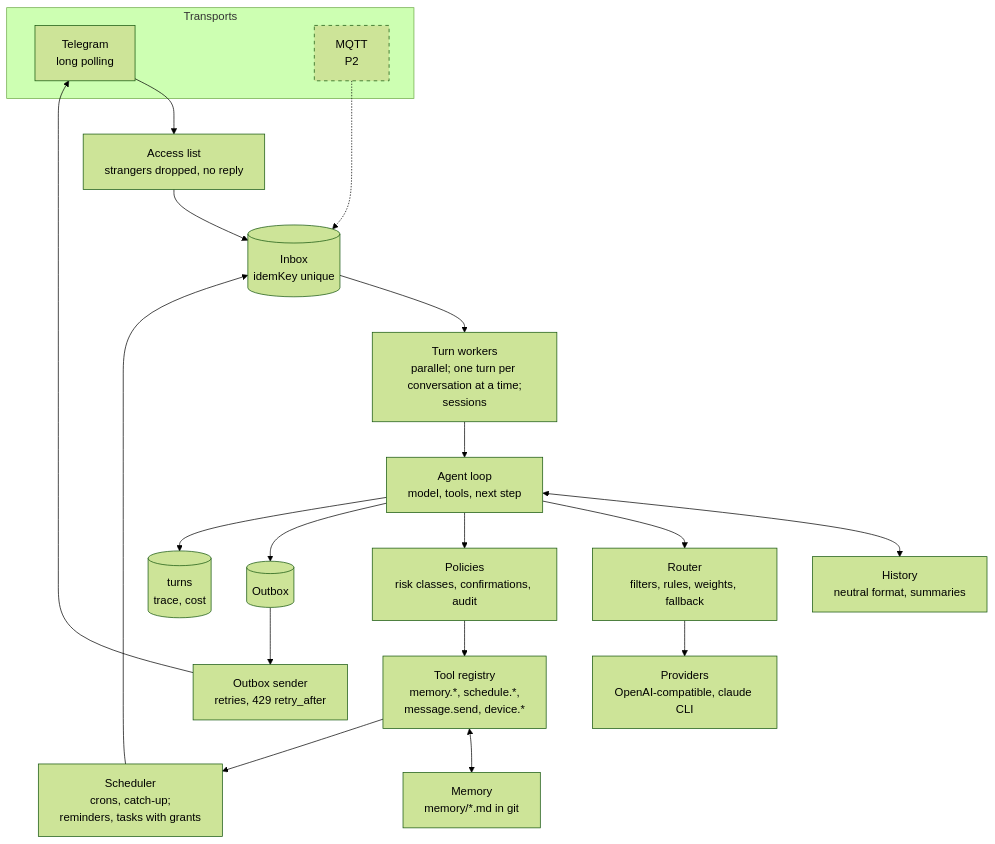
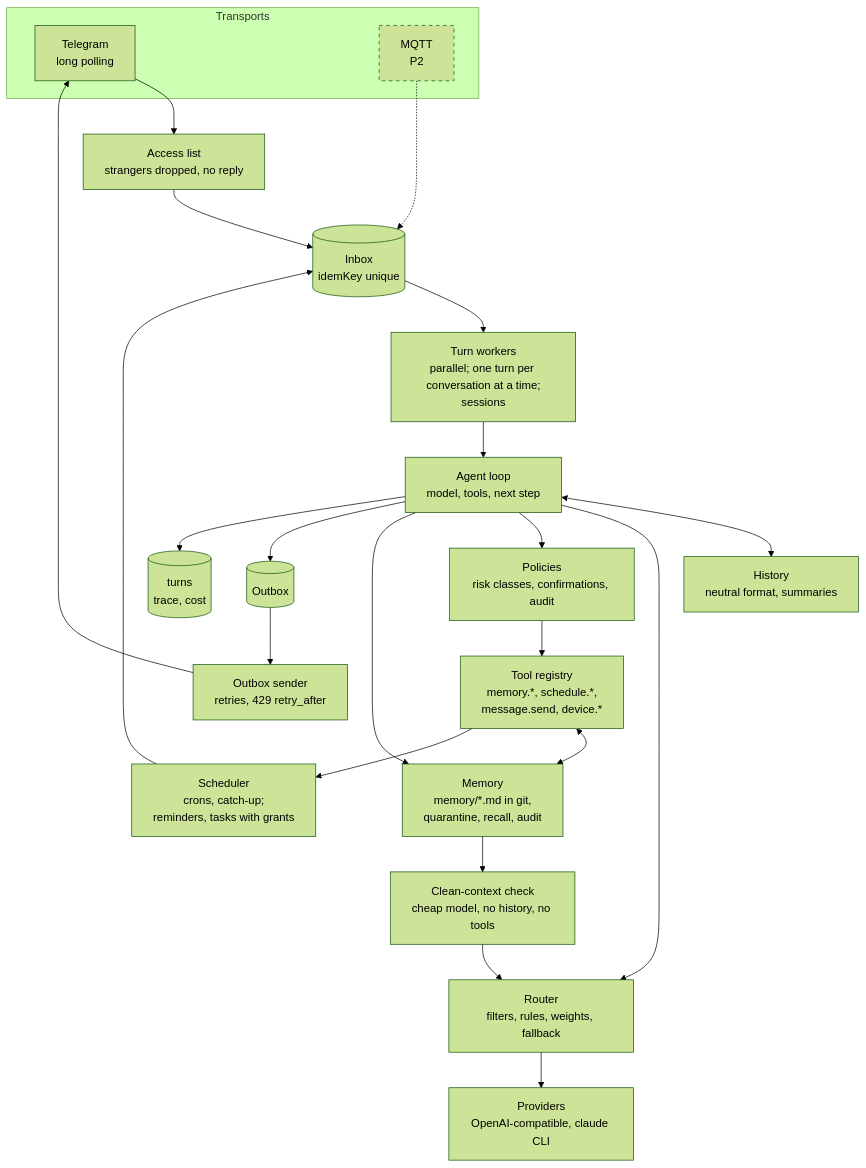
One commit to igorrius/ganglion changed the first of 3 diagrams in docs/architecture/03-components.md. Above: the diagram before and after it, drawn with Mermaid (forest theme). The commit also changed other lines of this file and 24 other files, not shown here.

First line of the commit message:
memory: facts in the workspace git, recall, clean-context guard and audit

````diff
--- a/docs/architecture/03-components.md
+++ b/docs/architecture/03-components.md
@@ -8,43 +8,47 @@
 ```mermaid
 flowchart TB
     subgraph transports["Transports"]
         tgt["Telegram<br/>long polling"]
         mqt["MQTT<br/>P2"]
     end
 
     acl["Access list<br/>strangers dropped, no reply"]
     inbox[("Inbox<br/>idemKey unique")]
     actors["Turn workers<br/>parallel; one turn per conversation at a time;<br/>sessions"]
     loop["Agent loop<br/>model, tools, next step"]
     history["History<br/>neutral format, summaries"]
     router["Router<br/>filters, rules, weights, fallback"]
     providers["Providers<br/>OpenAI-compatible, claude CLI"]
     tools["Tool registry<br/>memory.*, schedule.*,<br/>message.send, device.*"]
     policies["Policies<br/>risk classes, confirmations, audit"]
-    memory["Memory<br/>memory/*.md in git"]
+    memory["Memory<br/>memory/*.md in git,<br/>quarantine, recall, audit"]
+    guard["Clean-context check<br/>cheap model, no history, no tools"]
     sched["Scheduler<br/>crons, catch-up;<br/>reminders, tasks with grants"]
     outbox[("Outbox")]
     sender["Outbox sender<br/>retries, 429 retry_after"]
     turns[("turns<br/>trace, cost")]
 
     tgt --> acl
     acl --> inbox
     mqt -.-> inbox
     sched --> inbox
     inbox --> actors
     actors --> loop
     loop <--> history
     loop --> router
     router --> providers
     loop --> policies
     policies --> tools
     tools <--> memory
+    loop --> memory
+    memory --> guard
+    guard --> router
     tools --> sched
     loop --> outbox
     loop --> turns
     outbox --> sender
     sender --> tgt
 
     classDef planned stroke-dasharray: 5 5
     class mqt planned
 ```
````
